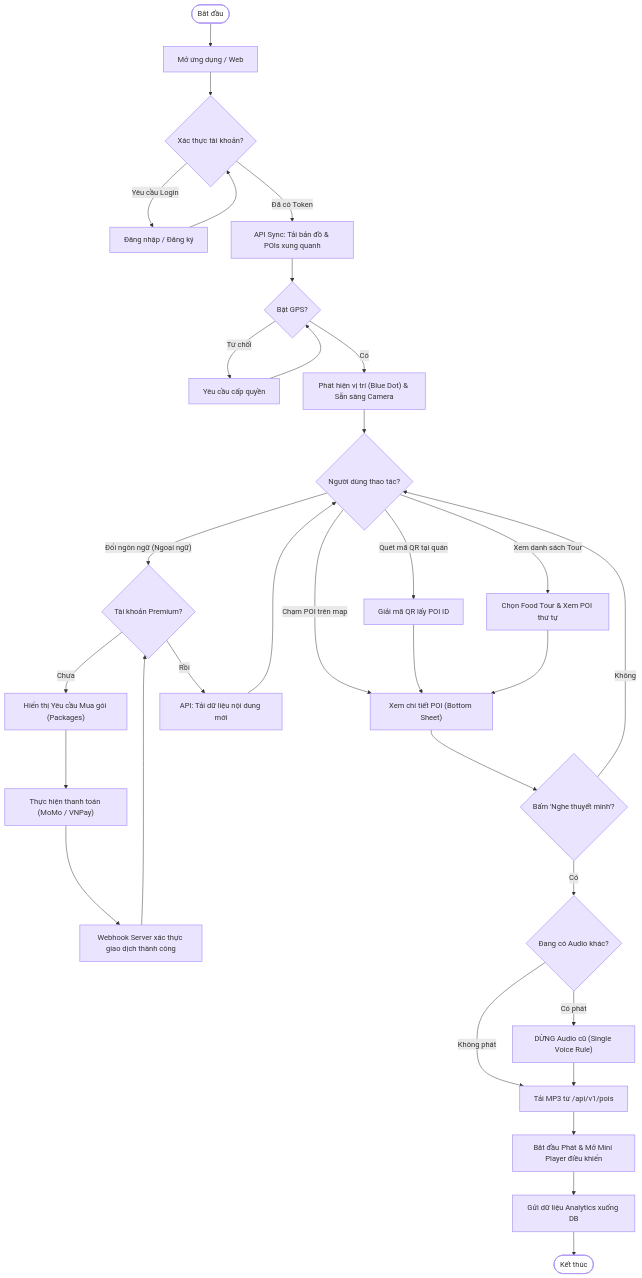
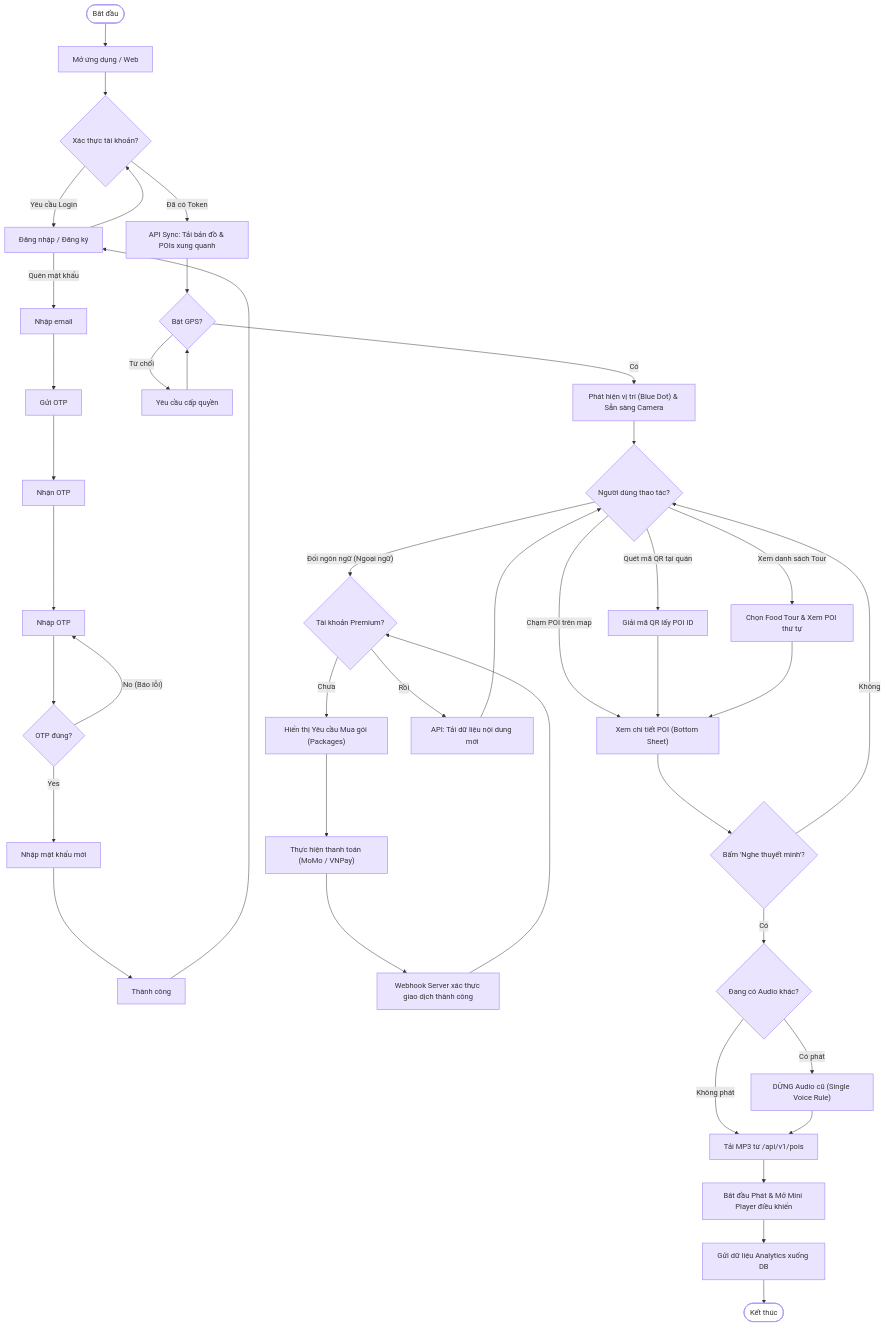
One commit to ngsouthbrother04/PhoAmThuc changed the first of 3 diagrams in docs/diagram-activity.md. Above: the diagram before and after it, drawn with Mermaid. The commit also changed 3 other files, not shown here.

Commit message:
fix diagrams

````diff
--- a/docs/diagram-activity.md
+++ b/docs/diagram-activity.md
@@ -8,51 +8,61 @@
 ```mermaid
 flowchart TD
     A([Bắt đầu]) --> B["Mở ứng dụng / Web"]
     B --> C{"Xác thực tài khoản?"}
     C -- "Yêu cầu Login" --> D["Đăng nhập / Đăng ký"]
     D --> C
+    
+    D -- "Quên mật khẩu" --> FP1["Nhập email"]
+    FP1 --> FP2["Gửi OTP"]
+    FP2 --> FP3["Nhận OTP"]
+    FP3 --> FP4["Nhập OTP"]
+    FP4 --> FP5{"OTP đúng?"}
+    FP5 -- "No (Báo lỗi)" --> FP4
+    FP5 -- "Yes" --> FP6["Nhập mật khẩu mới"]
+    FP6 --> FP7["Thành công"]
+    FP7 --> D
     
     C -- "Đã có Token" --> E["API Sync: Tải bản đồ & POIs xung quanh"]
     
     E --> F{"Bật GPS?"}
     F -- "Từ chối" --> G["Yêu cầu cấp quyền"]
     G --> F
     F -- "Có" --> H["Phát hiện vị trí (Blue Dot) & Sẵn sàng Camera"]
     
     H --> I{"Người dùng thao tác?"}
     
     I -- "Chạm POI trên map" --> J["Xem chi tiết POI (Bottom Sheet)"]
     I -- "Quét mã QR tại quán" --> K["Giải mã QR lấy POI ID"]
     I -- "Xem danh sách Tour" --> L["Chọn Food Tour & Xem POI thứ tự"]
     I -- "Đổi ngôn ngữ (Ngoại ngữ)" --> U{"Tài khoản Premium?"}
     
     U -- "Chưa" --> W["Hiển thị Yêu cầu Mua gói (Packages)"]
     W --> X["Thực hiện thanh toán (MoMo / VNPay)"]
     X --> Y["Webhook Server xác thực giao dịch thành công"]
     Y --> U
     U -- "Rồi" --> M["API: Tải dữ liệu nội dung mới"]
     
     K --> J
     L --> J
     M --> I
     
     J --> N{"Bấm 'Nghe thuyết minh'?"}
     N -- "Không" --> I
     N -- "Có" --> O{"Đang có Audio khác?"}
     
     O -- "Có phát" --> P["DỪNG Audio cũ (Single Voice Rule)"]
     O -- "Không phát" --> Q["Tải MP3 từ /api/v1/pois"]
     P --> Q
     
     Q --> R["Bắt đầu Phát & Mở Mini Player điều khiển"]
     R --> S["Gửi dữ liệu Analytics xuống DB"]
     S --> T([Kết thúc])
     
     %% Style adjustments for Purple Theme matching attached image
     classDef default fill:#EAE4FF,stroke:#B29AF8,stroke-width:1.5px,color:#333;
     classDef startend fill:#FFFFFF,stroke:#B29AF8,stroke-width:2px,color:#333;
     classDef decision fill:#EAE4FF,stroke:#B29AF8,stroke-width:1.5px,color:#333;
     
     class A,T startend;
-    class C,F,I,N,O,U decision;
+    class C,F,I,N,O,U,FP5 decision;
 ```
````
